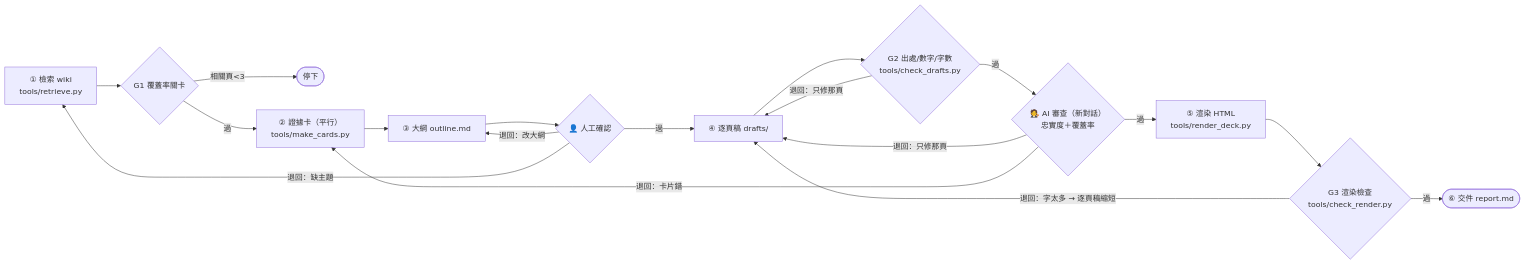
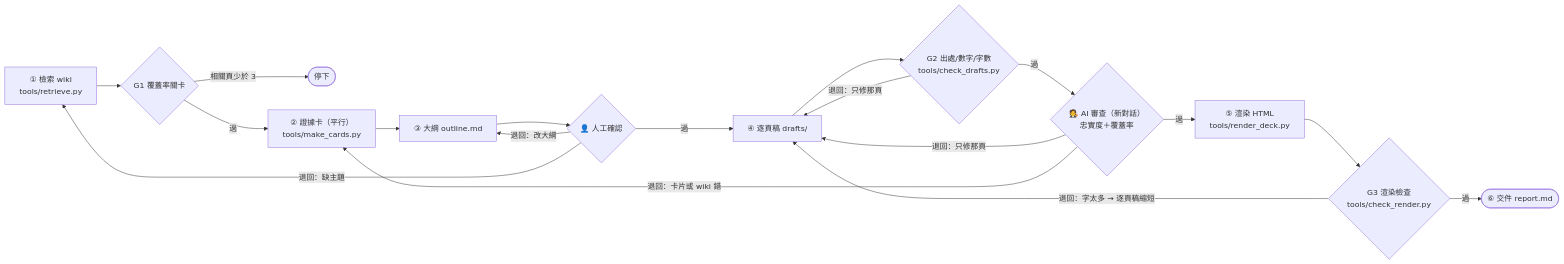
The diagram in .agents/workflows/topic-slides.md (WeiHanLee/huffman-llm-wiki), drawn with Mermaid before and after one commit. The commit also changed 1 other file, not shown here.

Commit message:
workflow diagram: wiki retreat edge

````diff
--- a/.agents/workflows/topic-slides.md
+++ b/.agents/workflows/topic-slides.md
@@ -13,20 +13,20 @@
 ```mermaid
 flowchart LR
   A[① 檢索 wiki<br/>tools/retrieve.py] --> G1{G1 覆蓋率關卡}
-  G1 -- 相關頁<3 --> STOP([停下])
+  G1 -- 相關頁少於 3 --> STOP([停下])
   G1 -- 過 --> B[② 證據卡（平行）<br/>tools/make_cards.py]
   B --> C[③ 大綱 outline.md]
   C --> H{👤 人工確認}
   H -- 退回：改大綱 --> C
   H -- 退回：缺主題 --> A
   H -- 過 --> D[④ 逐頁稿 drafts/]
   D --> G2{G2 出處/數字/字數<br/>tools/check_drafts.py}
   G2 -- 退回：只修那頁 --> D
   G2 -- 過 --> R{🧑‍⚖ AI 審查（新對話）<br/>忠實度＋覆蓋率}
   R -- 退回：只修那頁 --> D
-  R -- 退回：卡片錯 --> B
+  R -- 退回：卡片或 wiki 錯 --> B
   R -- 過 --> E[⑤ 渲染 HTML<br/>tools/render_deck.py]
   E --> G3{G3 渲染檢查<br/>tools/check_render.py}
   G3 -- 退回：字太多 → 逐頁稿縮短 --> D
   G3 -- 過 --> F([⑥ 交件 report.md])
 ```
````
